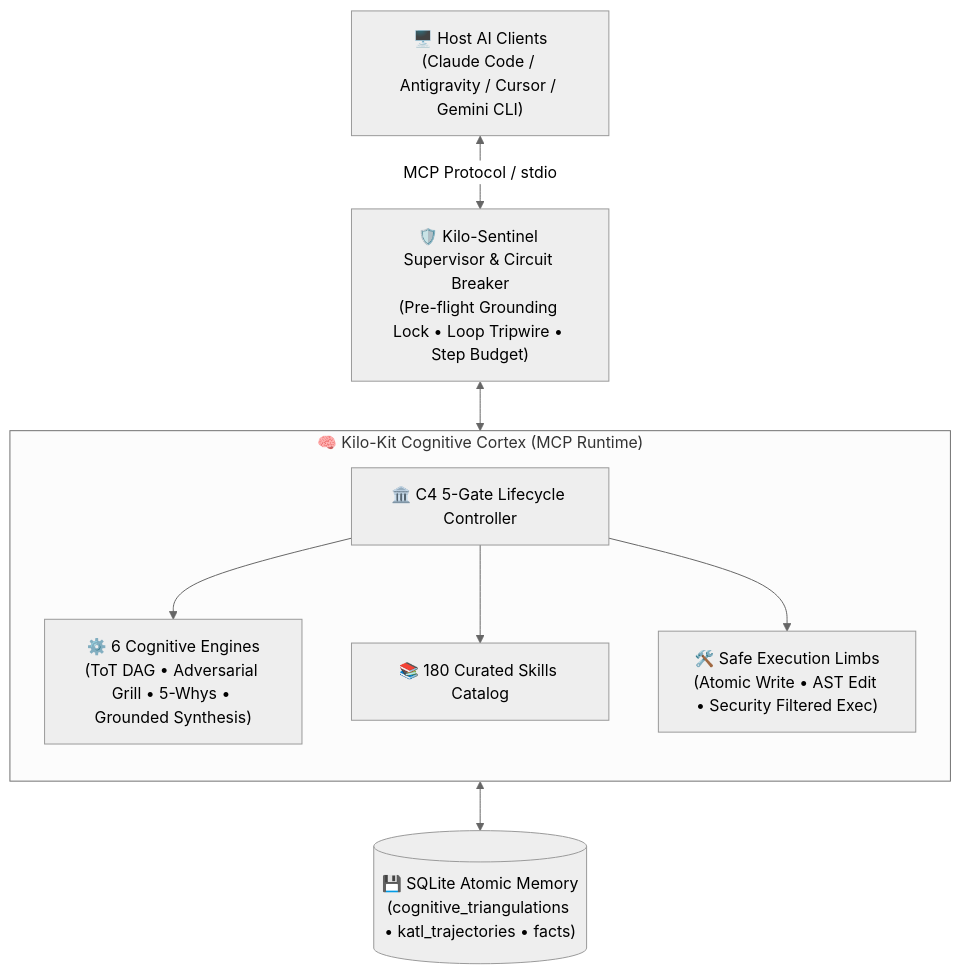
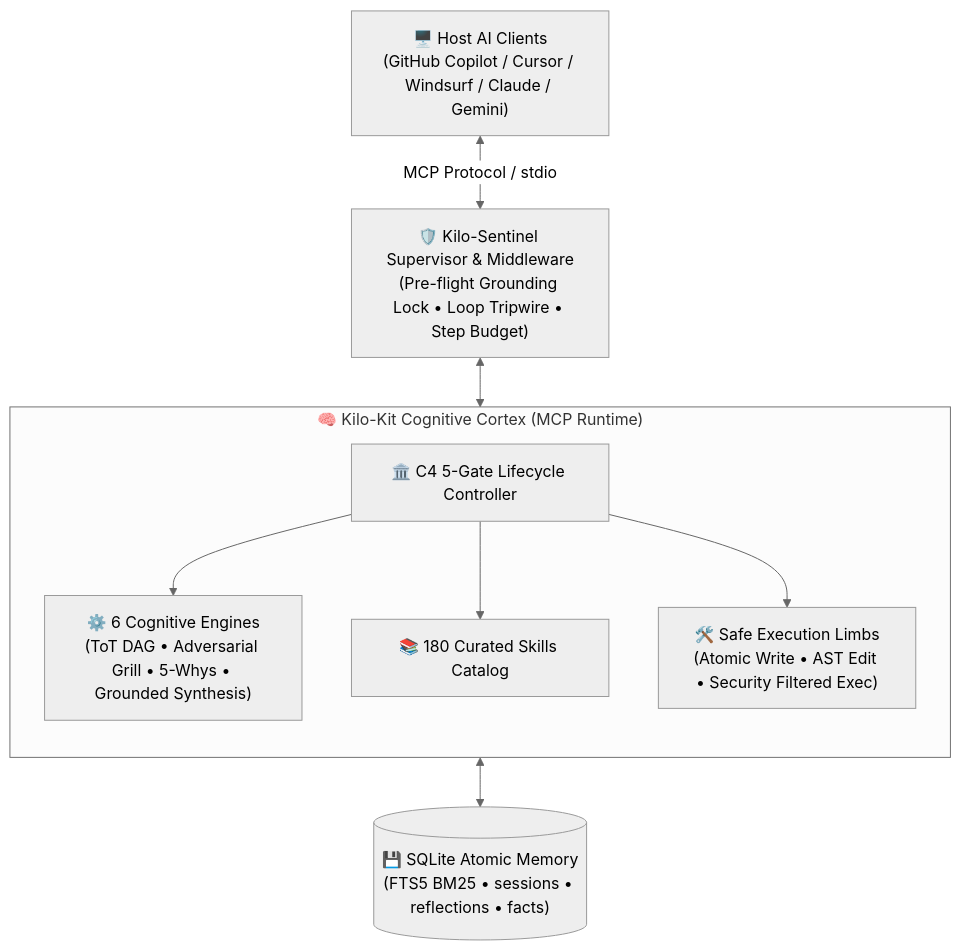
One commit to VoDaiLocz/kilo-kit-mcp changed the first of 2 diagrams in README.md. Above: the diagram before and after it, drawn with Mermaid (neutral theme). The commit also changed other lines of this file, not shown here.

````diff
--- a/README.md
+++ b/README.md
@@ -47,23 +107,23 @@
 ```mermaid
 flowchart TD
-    Clients["🖥️ Host AI Clients<br/>(Claude Code / Antigravity / Cursor / Gemini CLI)"]
+    Clients["🖥️ Host AI Clients<br/>(GitHub Copilot / Cursor / Windsurf / Claude / Gemini)"]
     
-    Sentinel["🛡️ Kilo-Sentinel Supervisor & Circuit Breaker<br/>(Pre-flight Grounding Lock • Loop Tripwire • Step Budget)"]
+    Sentinel["🛡️ Kilo-Sentinel Supervisor & Middleware<br/>(Pre-flight Grounding Lock • Loop Tripwire • Step Budget)"]
     
     subgraph Cortex["🧠 Kilo-Kit Cognitive Cortex (MCP Runtime)"]
         direction TB
         C4["🏛️ C4 5-Gate Lifecycle Controller"]
         Engines["⚙️ 6 Cognitive Engines<br/>(ToT DAG • Adversarial Grill • 5-Whys • Grounded Synthesis)"]
         Skills["📚 180 Curated Skills Catalog"]
         Limbs["🛠️ Safe Execution Limbs<br/>(Atomic Write • AST Edit • Security Filtered Exec)"]
         C4 --> Engines
         C4 --> Skills
         C4 --> Limbs
     end
     
-    DB[("💾 SQLite Atomic Memory<br/>(cognitive_triangulations • katl_trajectories • facts)")]
+    DB[("💾 SQLite Atomic Memory<br/>(FTS5 BM25 • sessions • reflections • facts)")]
     
     Clients <-->|MCP Protocol / stdio| Sentinel
     Sentinel <--> Cortex
     Cortex <--> DB
 ```
````
